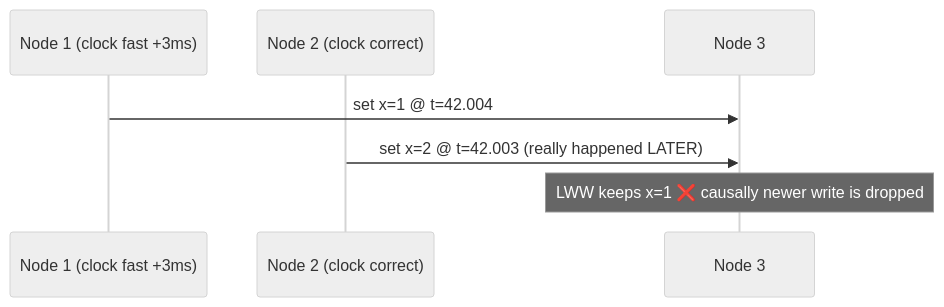
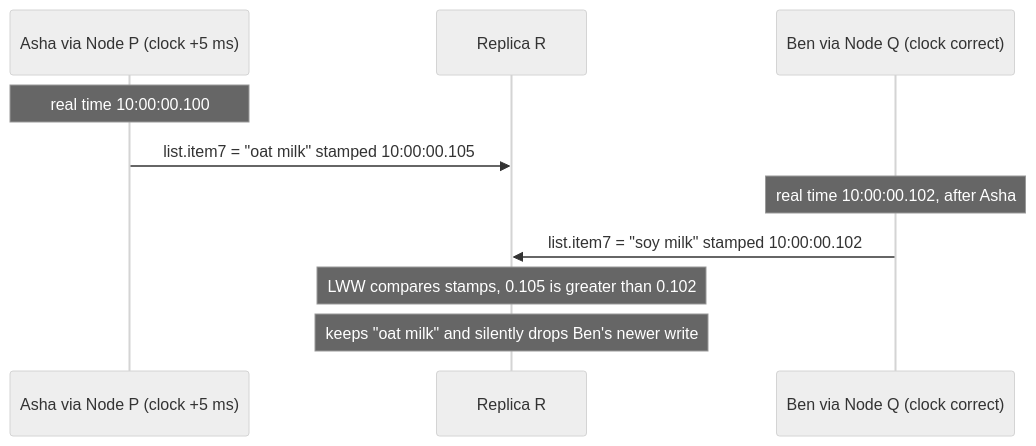
One commit to pratikguru998/ddia-book changed the tenth of 20 diagrams in docs/chapters/part-2/08-distributed-trouble.mdx. Above: the diagram before and after it, drawn with Mermaid (neutral theme). The commit also changed other lines of this file and 13 other files, not shown here.

Commit message:
Expand all 12 chapters: every book subsection, deeper notes, ~320 diagrams

````diff
--- a/docs/chapters/part-2/08-distributed-trouble.mdx
+++ b/docs/chapters/part-2/08-distributed-trouble.mdx
@@ -86,9 +472,12 @@
 ```mermaid
 sequenceDiagram
-  participant A as Node 1 (clock fast +3ms)
-  participant B as Node 2 (clock correct)
-  participant C as Node 3
-  A->>C: set x=1 @ t=42.004
-  B->>C: set x=2 @ t=42.003 (really happened LATER)
-  Note over C: LWW keeps x=1 ❌ causally newer write is dropped
+  participant U1 as Asha via Node P (clock +5 ms)
+  participant R as Replica R
+  participant U2 as Ben via Node Q (clock correct)
+  Note over U1: real time 10:00:00.100
+  U1->>R: list.item7 = "oat milk" stamped 10:00:00.105
+  Note over U2: real time 10:00:00.102, after Asha
+  U2->>R: list.item7 = "soy milk" stamped 10:00:00.102
+  Note over R: LWW compares stamps, 0.105 is greater than 0.102
+  Note over R: keeps "oat milk" and silently drops Ben's newer write
 ```
````
